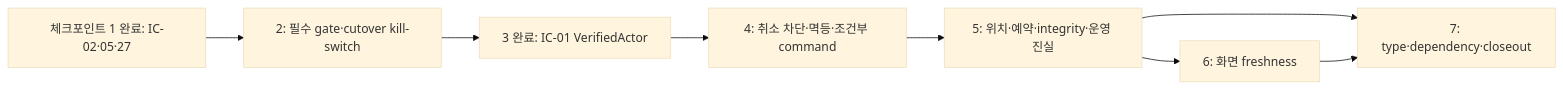
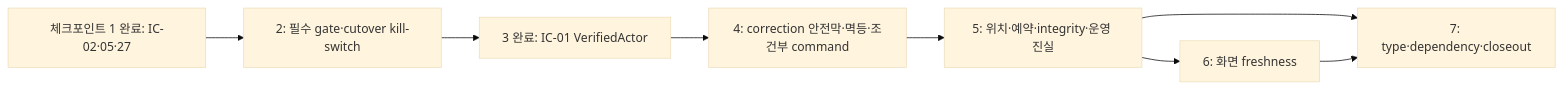
Before and after one commit to Hw-03/ERP: the third of 3 diagrams in _attic/docs/research/2026-08-13-full-code-quality-audit-and-improvement-plan.md, drawn with Mermaid (base theme). The commit also changed other lines of this file and 5 other files, not shown here.

````diff
--- a/_attic/docs/research/2026-08-13-full-code-quality-audit-and-improvement-plan.md
+++ b/_attic/docs/research/2026-08-13-full-code-quality-audit-and-improvement-plan.md
@@ -1239,10 +1252,10 @@
 ```mermaid
 flowchart LR
   C1["체크포인트 1 완료: IC-02·05·27"] --> C2["2: 필수 gate·cutover kill-switch"]
   C2 --> C3["3 완료: IC-01 VerifiedActor"]
-  C3 --> C4["4: 취소 차단·멱등·조건부 command"]
+  C3 --> C4["4: correction 안전막·멱등·조건부 command"]
   C4 --> C5["5: 위치·예약·integrity·운영 진실"]
   C5 --> C6["6: 화면 freshness"]
   C5 --> C7["7: type·dependency·closeout"]
   C6 --> C7
 ```
````
